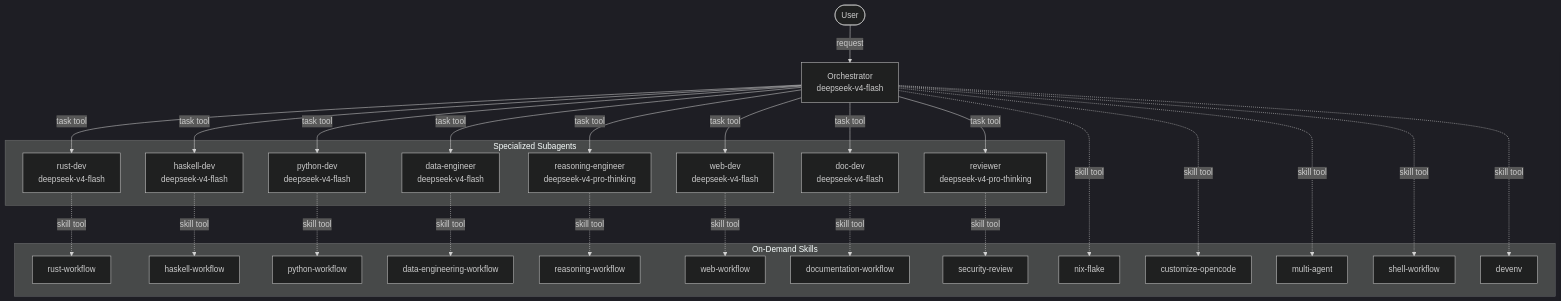
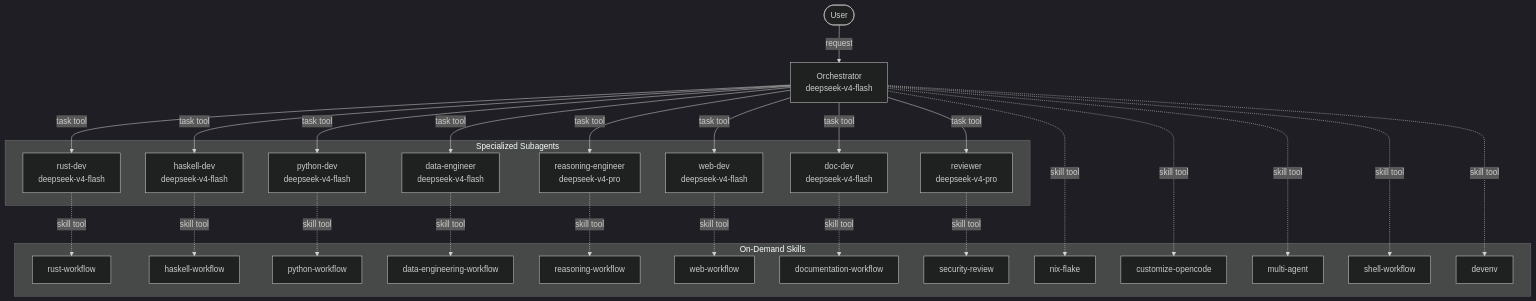
Before and after one commit to Dietr1ch/mttm: the diagram in README.org, drawn with Mermaid (dark theme). The commit also changed other lines of this file and 1 other file, not shown here.

First line of the commit message:
docs: record pro-thinking fallback and reviewer root cause

```diff
--- a/README.org
+++ b/README.org
@@ -46,54 +46,54 @@
 #+begin_src mermaid :file .img/architecture.png :width 1024px :exports both
   flowchart TB
       User([User]) -->|request| ORC[Orchestrator<br/>deepseek-v4-flash]
 
       subgraph Subagents [Specialized Subagents]
           RS[rust-dev<br/>deepseek-v4-flash]
           HS[haskell-dev<br/>deepseek-v4-flash]
           PY[python-dev<br/>deepseek-v4-flash]
           DE[data-engineer<br/>deepseek-v4-flash]
-          RE[reasoning-engineer<br/>deepseek-v4-pro-thinking]
+          RE[reasoning-engineer<br/>deepseek-v4-pro]
           WB[web-dev<br/>deepseek-v4-flash]
           DD[doc-dev<br/>deepseek-v4-flash]
-          RV[reviewer<br/>deepseek-v4-pro-thinking]
+          RV[reviewer<br/>deepseek-v4-pro]
       end
 
       ORC -->|task tool| RS
       ORC -->|task tool| HS
       ORC -->|task tool| PY
       ORC -->|task tool| DE
       ORC -->|task tool| RE
       ORC -->|task tool| WB
       ORC -->|task tool| DD
       ORC -->|task tool| RV
 
       subgraph Skills [On-Demand Skills]
           SK1[rust-workflow]
           SK2[haskell-workflow]
           SK3[python-workflow]
           SK4[data-engineering-workflow]
           SK5[reasoning-workflow]
           SK6[web-workflow]
           SK7[shell-workflow]
           SK8[nix-flake]
           SK9[customize-opencode]
           SK10[multi-agent]
           SK11[documentation-workflow]
           SK12[devenv]
           SK13[security-review]
       end
 
       RS -.->|skill tool| SK1
       HS -.->|skill tool| SK2
       PY -.->|skill tool| SK3
       DE -.->|skill tool| SK4
       RE -.->|skill tool| SK5
       WB -.->|skill tool| SK6
       DD -.->|skill tool| SK11
       ORC -.->|skill tool| SK8
       ORC -.->|skill tool| SK9
       ORC -.->|skill tool| SK10
       ORC -.->|skill tool| SK7
       ORC -.->|skill tool| SK12
       RV -.->|skill tool| SK13
 #+end_src
```
